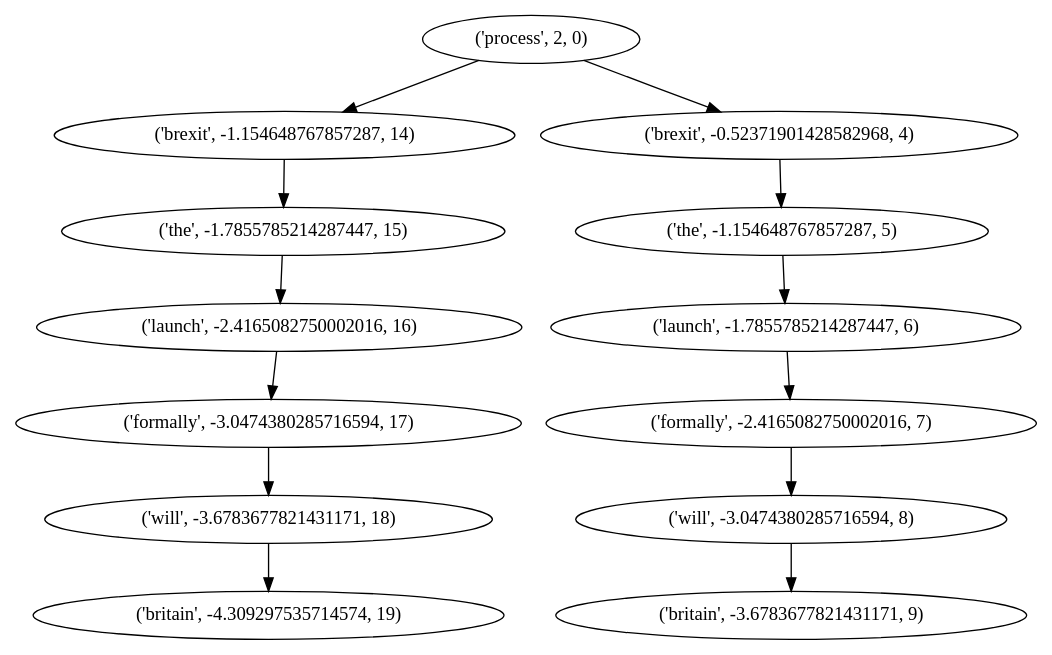
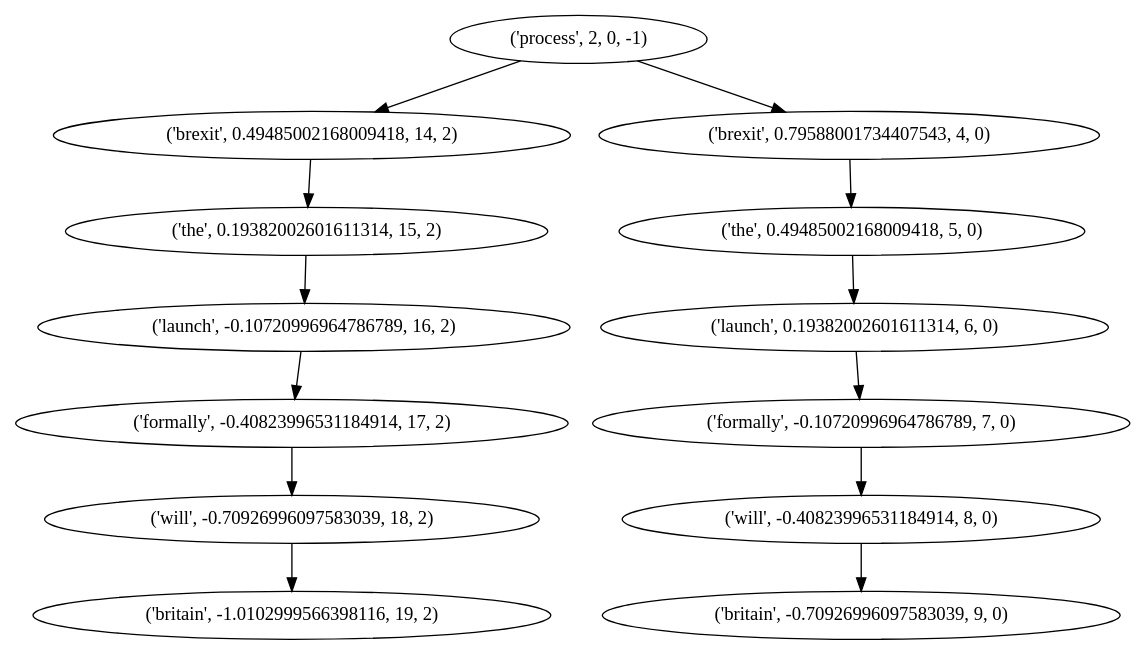
Before and after one commit to kartik144/Tweet_Summarizer: the diagram in Graphs/brexitprocess_backward.dot, drawn with Graphviz. The commit also changed 255 other files, not shown here.

```diff
--- a/Graphs/brexitprocess_backward.dot
+++ b/Graphs/brexitprocess_backward.dot
@@ -1,27 +1,27 @@
 strict digraph "" {
-"('launch', -1.7855785214287447, 6)";
-"('brexit', -1.154648767857287, 14)";
-"('britain', -3.6783677821431171, 9)";
-"('britain', -4.309297535714574, 19)";
-"('launch', -2.4165082750002016, 16)";
-"('will', -3.0474380285716594, 8)";
-"('formally', -2.4165082750002016, 7)";
-"('brexit', -0.52371901428582968, 4)";
-"('the', -1.154648767857287, 5)";
-"('will', -3.6783677821431171, 18)";
-"('formally', -3.0474380285716594, 17)";
-"('the', -1.7855785214287447, 15)";
-"('process', 2, 0)";
-"('launch', -1.7855785214287447, 6)" -> "('formally', -2.4165082750002016, 7)";
-"('brexit', -1.154648767857287, 14)" -> "('the', -1.7855785214287447, 15)";
-"('launch', -2.4165082750002016, 16)" -> "('formally', -3.0474380285716594, 17)";
-"('will', -3.0474380285716594, 8)" -> "('britain', -3.6783677821431171, 9)";
-"('formally', -2.4165082750002016, 7)" -> "('will', -3.0474380285716594, 8)";
-"('brexit', -0.52371901428582968, 4)" -> "('the', -1.154648767857287, 5)";
-"('the', -1.154648767857287, 5)" -> "('launch', -1.7855785214287447, 6)";
-"('will', -3.6783677821431171, 18)" -> "('britain', -4.309297535714574, 19)";
-"('formally', -3.0474380285716594, 17)" -> "('will', -3.6783677821431171, 18)";
-"('the', -1.7855785214287447, 15)" -> "('launch', -2.4165082750002016, 16)";
-"('process', 2, 0)" -> "('brexit', -1.154648767857287, 14)";
-"('process', 2, 0)" -> "('brexit', -0.52371901428582968, 4)";
+"('the', 0.19382002601611314, 15, 2)";
+"('brexit', 0.49485002168009418, 14, 2)";
+"('launch', -0.10720996964786789, 16, 2)";
+"('britain', -1.0102999566398116, 19, 2)";
+"('launch', 0.19382002601611314, 6, 0)";
+"('britain', -0.70926996097583039, 9, 0)";
+"('will', -0.40823996531184914, 8, 0)";
+"('brexit', 0.79588001734407543, 4, 0)";
+"('the', 0.49485002168009418, 5, 0)";
+"('formally', -0.40823996531184914, 17, 2)";
+"('formally', -0.10720996964786789, 7, 0)";
+"('will', -0.70926996097583039, 18, 2)";
+"('process', 2, 0, -1)";
+"('the', 0.19382002601611314, 15, 2)" -> "('launch', -0.10720996964786789, 16, 2)";
+"('brexit', 0.49485002168009418, 14, 2)" -> "('the', 0.19382002601611314, 15, 2)";
+"('launch', -0.10720996964786789, 16, 2)" -> "('formally', -0.40823996531184914, 17, 2)";
+"('launch', 0.19382002601611314, 6, 0)" -> "('formally', -0.10720996964786789, 7, 0)";
+"('will', -0.40823996531184914, 8, 0)" -> "('britain', -0.70926996097583039, 9, 0)";
+"('brexit', 0.79588001734407543, 4, 0)" -> "('the', 0.49485002168009418, 5, 0)";
+"('the', 0.49485002168009418, 5, 0)" -> "('launch', 0.19382002601611314, 6, 0)";
+"('formally', -0.40823996531184914, 17, 2)" -> "('will', -0.70926996097583039, 18, 2)";
+"('formally', -0.10720996964786789, 7, 0)" -> "('will', -0.40823996531184914, 8, 0)";
+"('will', -0.70926996097583039, 18, 2)" -> "('britain', -1.0102999566398116, 19, 2)";
+"('process', 2, 0, -1)" -> "('brexit', 0.79588001734407543, 4, 0)";
+"('process', 2, 0, -1)" -> "('brexit', 0.49485002168009418, 14, 2)";
 }
```
